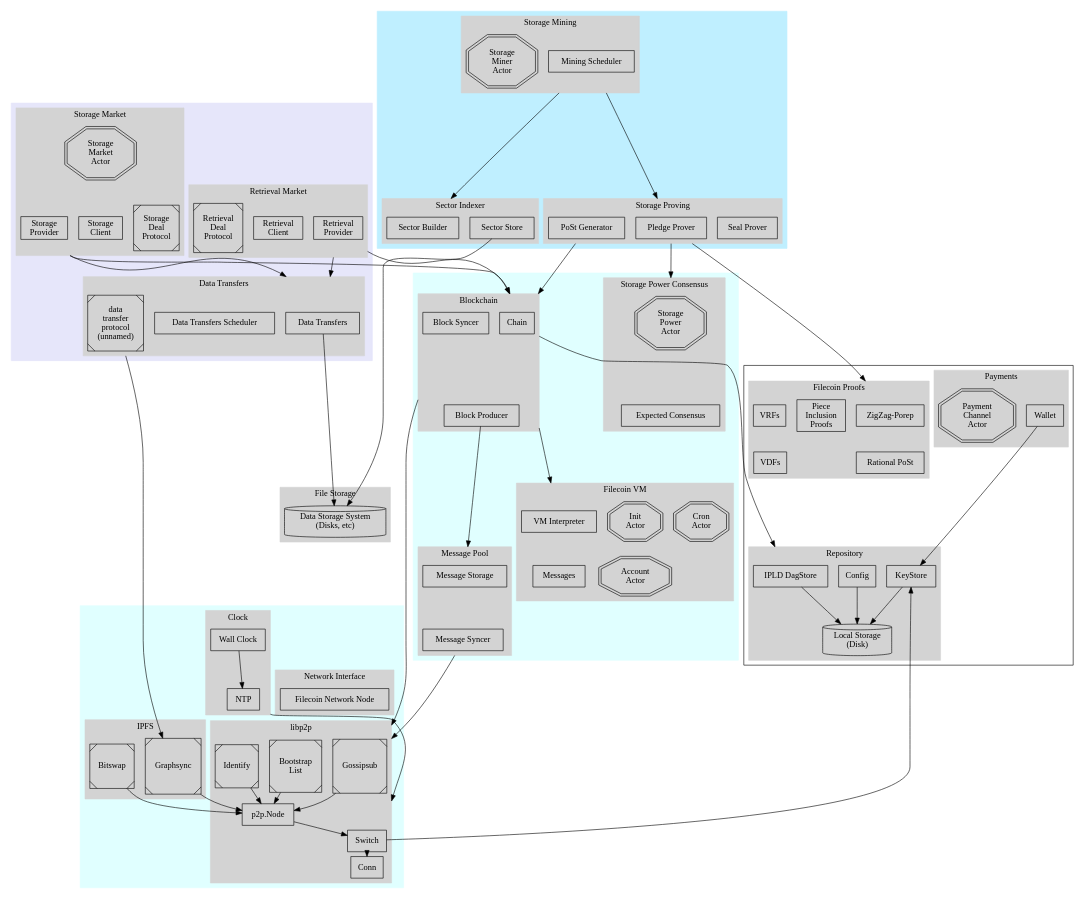
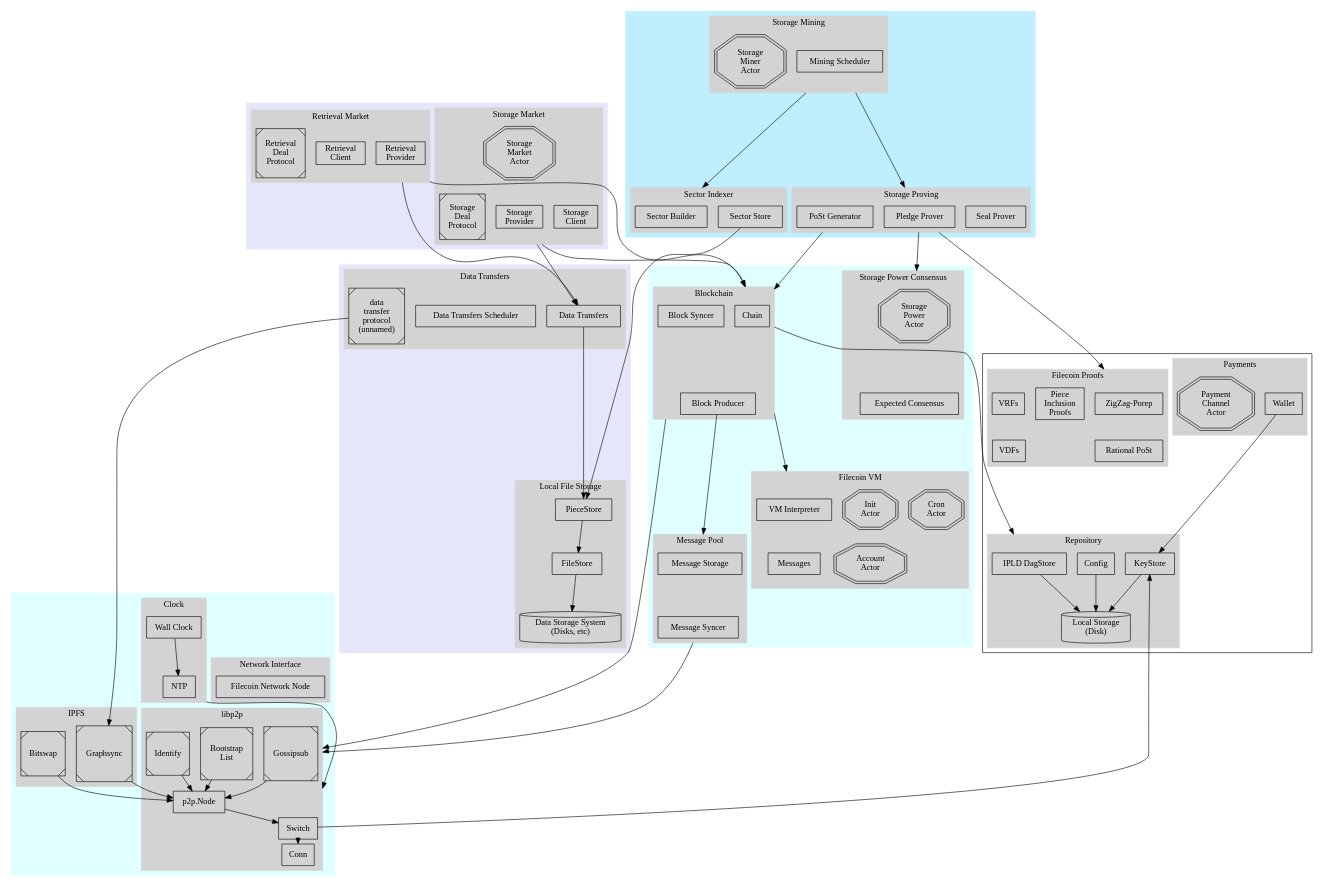
One commit to filecoin-project/specs changed the diagram in src/diagrams/overview1/overview.dot. Above: the diagram before and after it, drawn with Graphviz. The commit also changed 1 other file, not shown here.

Commit message:
overview diagram update

```diff
--- a/src/diagrams/overview1/overview.dot
+++ b/src/diagrams/overview1/overview.dot
@@ -128,6 +128,29 @@
       }
 
     }
+  }
+
+  subgraph cluster_filesdata {
+    color=lavender
+    style=filled
+
+    subgraph cluster_pieces {
+      style=filled
+      color=lightgrey
+      label = "Data Transfers"
+
+      { // components
+        node [shape=box]
+        "Data Transfers"
+        "Data Transfers Scheduler"
+      }
+      // "Disks" [shape=cylinder, label="Data Storage System\n(Disks, etc)"]
+
+      { // libp2p protocols
+        node [shape=Msquare]
+        "AuthSwap" [label="data\ntransfer\nprotocol\n(unnamed)"]
+      }
+    }
 
     subgraph cluster_datatransfers {
       style=filled
@@ -146,6 +169,24 @@
         "AuthSwap" [label="data\ntransfer\nprotocol\n(unnamed)"]
       }
     }
+
+
+    subgraph cluster_files {
+      style=filled
+      color=lightgrey
+      label = "Local File Storage"
+
+      { // components
+        node [shape=box]
+        "FileStore"
+        "PieceStore"
+      }
+
+      "Disk2" [shape=cylinder, label="Data Storage System\n(Disks, etc)"]
+
+      PieceStore -> FileStore -> Disk2
+    }
+
   }
 
   subgraph cluster_storageminerprocess {
@@ -178,7 +219,7 @@
         "Sector Store"
         "Sector Builder"
       }
-      
+
       // "Sector Store"
       // "Sector Builder"
     }
@@ -263,7 +304,7 @@
   subgraph cluster_net {
     color=lightcyan1
     style=filled
-    
+
     subgraph cluster_clock {
       style=filled
       color=lightgrey
@@ -350,14 +391,6 @@
   "Message Syncer" -> "Filecoin Network Node" [style=invis]
   "Filecoin Network Node" -> "Gossipsub" [style=invis]
 
-
-  subgraph cluster_libp2p {
-    style=filled
-    color=lightgrey
-    label = "File Storage"
-    "Disk2" [shape=cylinder, label="Data Storage System\n(Disks, etc)"]
-  }
-
   // cross module links
   {
     edge [minlen=3]
@@ -382,8 +415,8 @@
     "Block Producer" -> "Message Storage" [lhead=cluster_messagepool]
     "Pledge Prover" -> "ZigZag-Porep" [ltail=cluster_filproofs_subsystem, lhead=cluster_filproofs_lib]
     "Wallet" -> "KeyStore"
-    "Data Transfers" -> "Disk2"
-    "Sector Store" -> "Disk2"
+    "Data Transfers" -> "PieceStore"
+    "Sector Store" -> "PieceStore"
     // "Block Producer" -> "PoSt Generator" [style=dashed]
   }
 }
```
